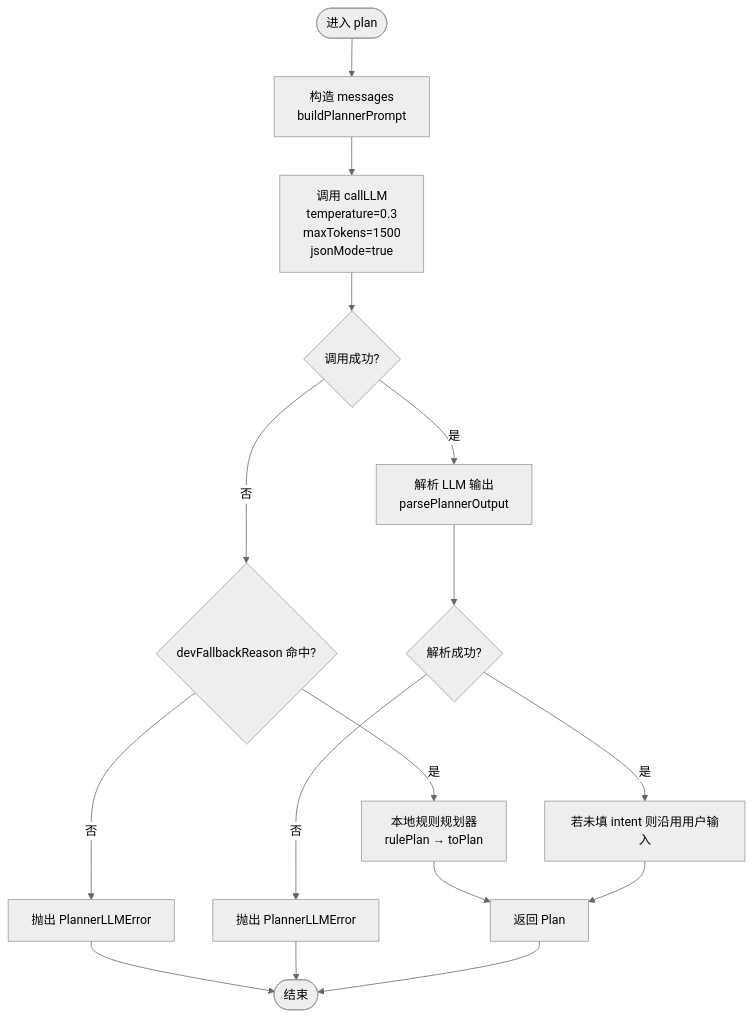
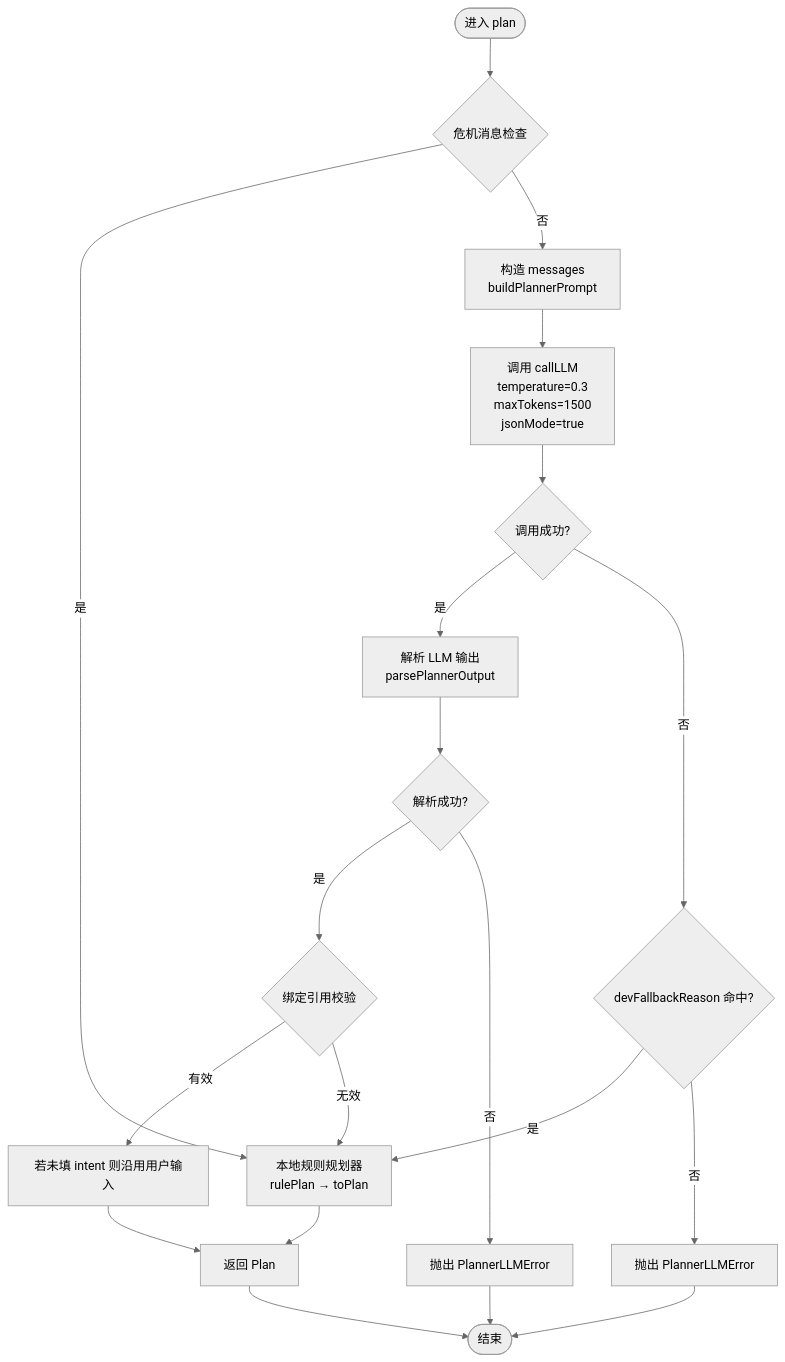
The fourth of 9 diagrams in .qoder/repowiki/zh/content/LLM集成/LLM客户端.md (Ichi-Hackton/WAIC-WeChat-MiniProgram), drawn with Mermaid (neutral theme) before and after one commit. The commit also changed other lines of this file and 28 other files, not shown here.

````diff
--- a/.qoder/repowiki/zh/content/LLM集成/LLM客户端.md
+++ b/.qoder/repowiki/zh/content/LLM集成/LLM客户端.md
@@ -191,18 +216,22 @@
 ```mermaid
 flowchart TD
-Start(["进入 plan"]) --> BuildPrompt["构造 messages<br/>buildPlannerPrompt"]
+Start(["进入 plan"]) --> CrisisCheck{"危机消息检查"}
+CrisisCheck --> |是| UseRule["本地规则规划器<br/>rulePlan → toPlan"]
+CrisisCheck --> |否| BuildPrompt["构造 messages<br/>buildPlannerPrompt"]
 BuildPrompt --> CallLLM["调用 callLLM<br/>temperature=0.3<br/>maxTokens=1500<br/>jsonMode=true"]
 CallLLM --> Success{"调用成功?"}
 Success --> |是| Parse["解析 LLM 输出<br/>parsePlannerOutput"]
 Success --> |否| FallbackCheck{"devFallbackReason 命中?"}
-FallbackCheck --> |是| UseRule["本地规则规划器<br/>rulePlan → toPlan"]
+FallbackCheck --> |是| UseRule
 FallbackCheck --> |否| ThrowErr["抛出 PlannerLLMError"]
 Parse --> Validate{"解析成功?"}
-Validate --> |是| FillIntent["若未填 intent 则沿用用户输入"]
+Validate --> |是| BindingCheck{"绑定引用校验"}
 Validate --> |否| ThrowParseErr["抛出 PlannerLLMError"]
-UseRule --> ReturnPlan["返回 Plan"]
-FillIntent --> ReturnPlan
+BindingCheck --> |有效| FillIntent["若未填 intent 则沿用用户输入"]
+BindingCheck --> |无效| UseRule
+FillIntent --> ReturnPlan["返回 Plan"]
 ThrowErr --> End(["结束"])
 ThrowParseErr --> End
+UseRule --> ReturnPlan
 ReturnPlan --> End
 ```
````
